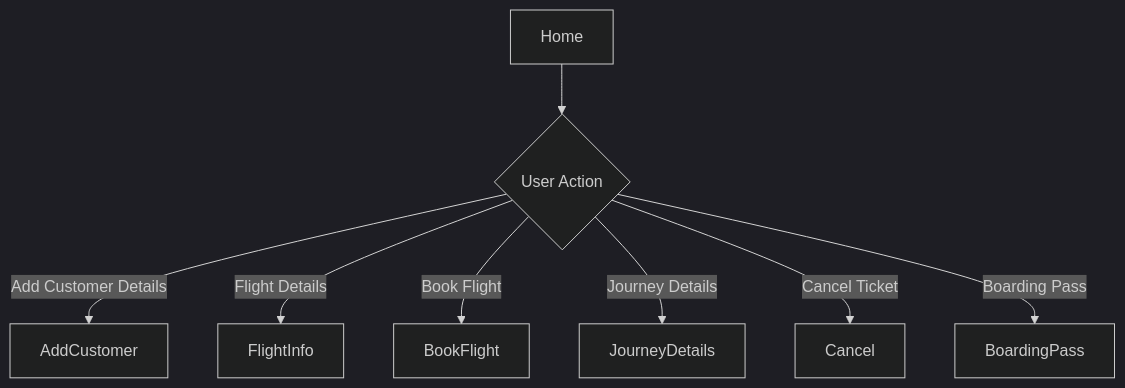
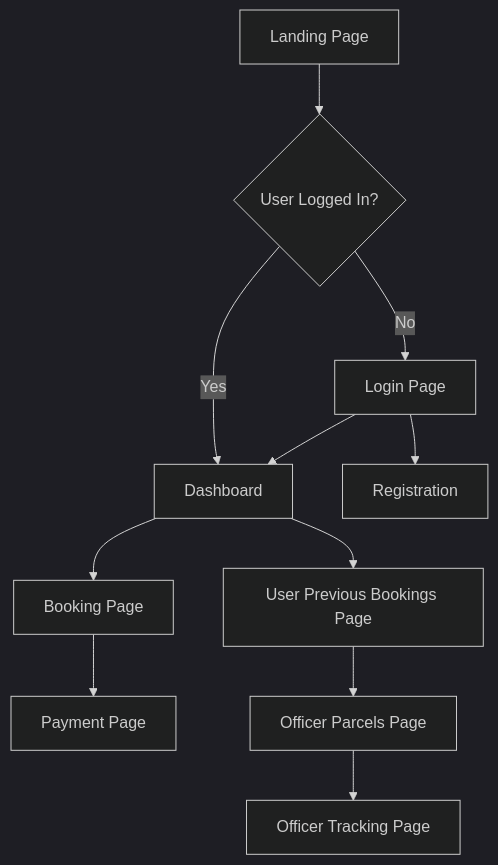
The first of 2 diagrams in output/docs/web.md (Barath-07-tech/codebase_doc_llm), drawn with Mermaid (dark theme) before and after one commit. The commit also changed other lines of this file and 14 other files, not shown here.

````diff
--- a/output/docs/web.md
+++ b/output/docs/web.md
@@ -24,10 +36,13 @@
 ```mermaid
 graph TD
-    A[Home] --> B{User Action}
-    B -->|Add Customer Details| C[AddCustomer]
-    B -->|Flight Details| D[FlightInfo]
-    B -->|Book Flight| E[BookFlight]
-    B -->|Journey Details| F[JourneyDetails]
-    B -->|Cancel Ticket| G[Cancel]
-    B -->|Boarding Pass| H[BoardingPass]
+    A[Landing Page] --> B{User Logged In?}
+    B -->|No| C[Login Page]
+    B -->|Yes| D[Dashboard]
+    C --> E[Registration]
+    C --> D
+    D --> F[Booking Page]
+    D --> G[User Previous Bookings Page]
+    F --> H[Payment Page]
+    G --> I[Officer Parcels Page]
+    I --> J[Officer Tracking Page]
 ```
````
